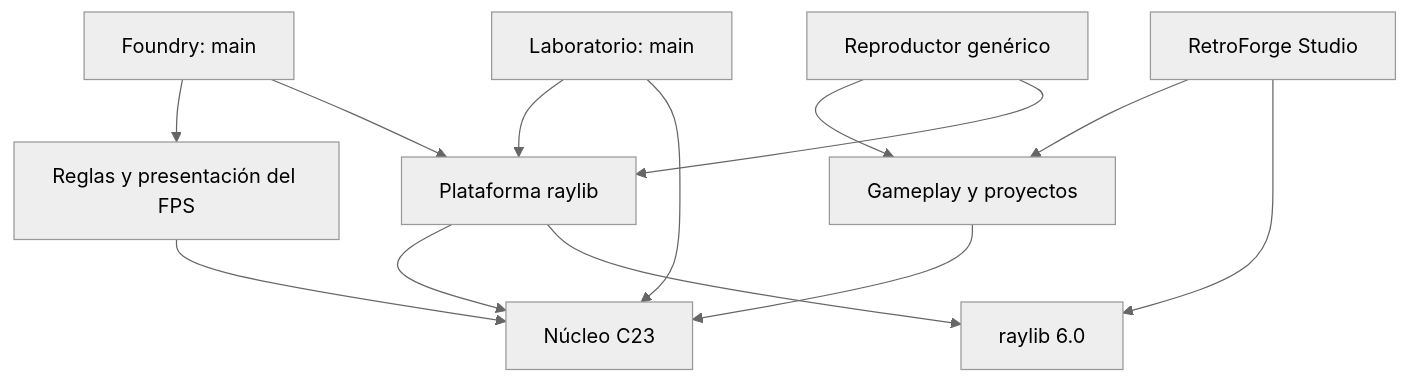
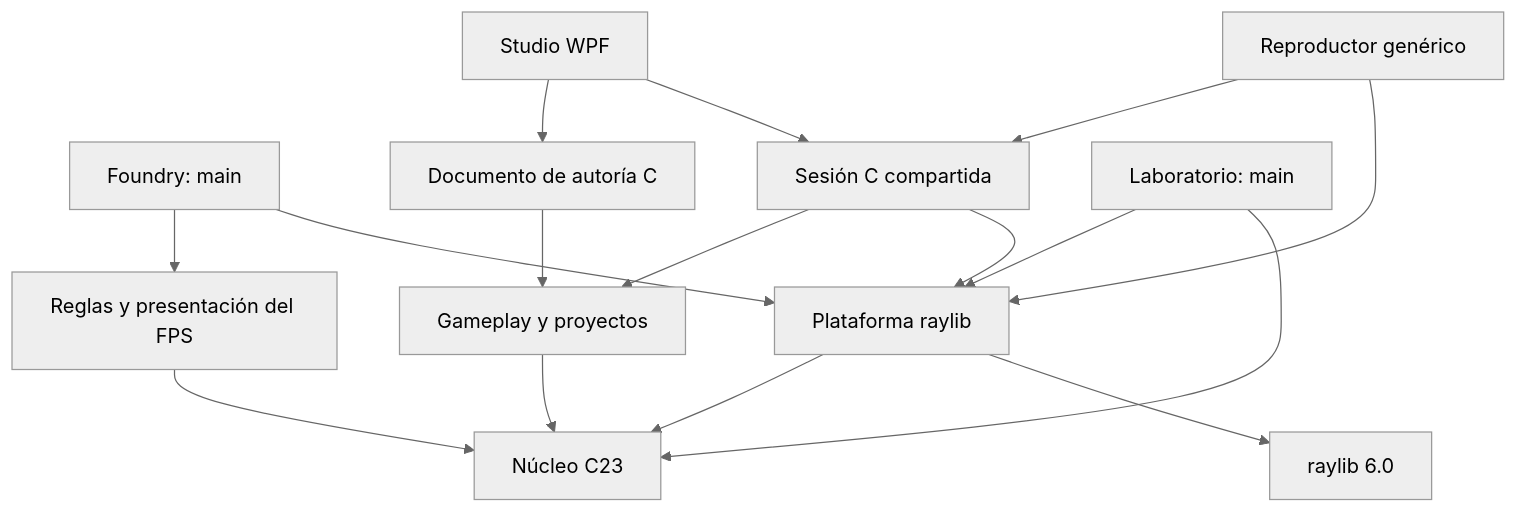
The first of 2 diagrams in docs/01-arquitectura.md (Alvarum/VESTIGIO), drawn with Mermaid (neutral theme) before and after one commit. The commit also changed other lines of this file and 32 other files, not shown here.

````diff
--- a/docs/01-arquitectura.md
+++ b/docs/01-arquitectura.md
@@ -5,15 +5,18 @@
 ```mermaid
 flowchart TD
   F[Foundry: main] --> G[Reglas y presentación del FPS]
   F --> P[Plataforma raylib]
-  S[RetroForge Studio] --> D[Gameplay y proyectos]
-  X[Reproductor genérico] --> D
-  S --> R[raylib + raygui]
+  S[Studio WPF] --> E[Documento de autoría C]
+  E --> D[Gameplay y proyectos]
+  S --> Q[Sesión C compartida]
+  X[Reproductor genérico] --> Q
+  Q --> D
+  Q --> P
   X --> P
   L[Laboratorio: main] --> P
   L --> C[Núcleo C23]
   G --> C
   D --> C
   P --> C
   P --> R[raylib 6.0]
 ```
````
